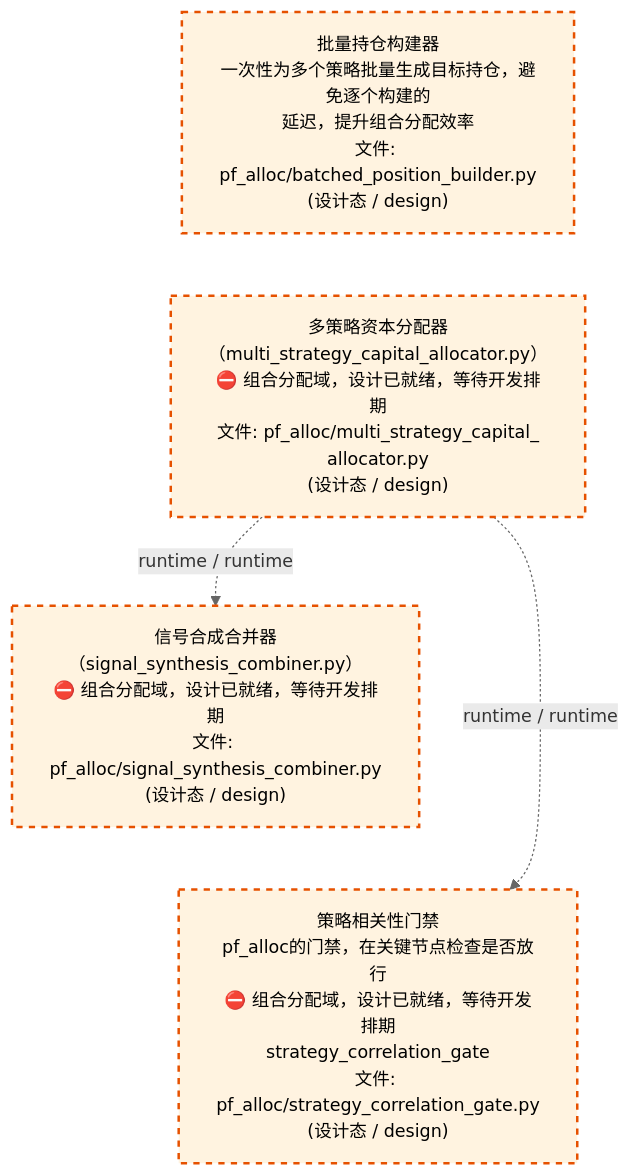
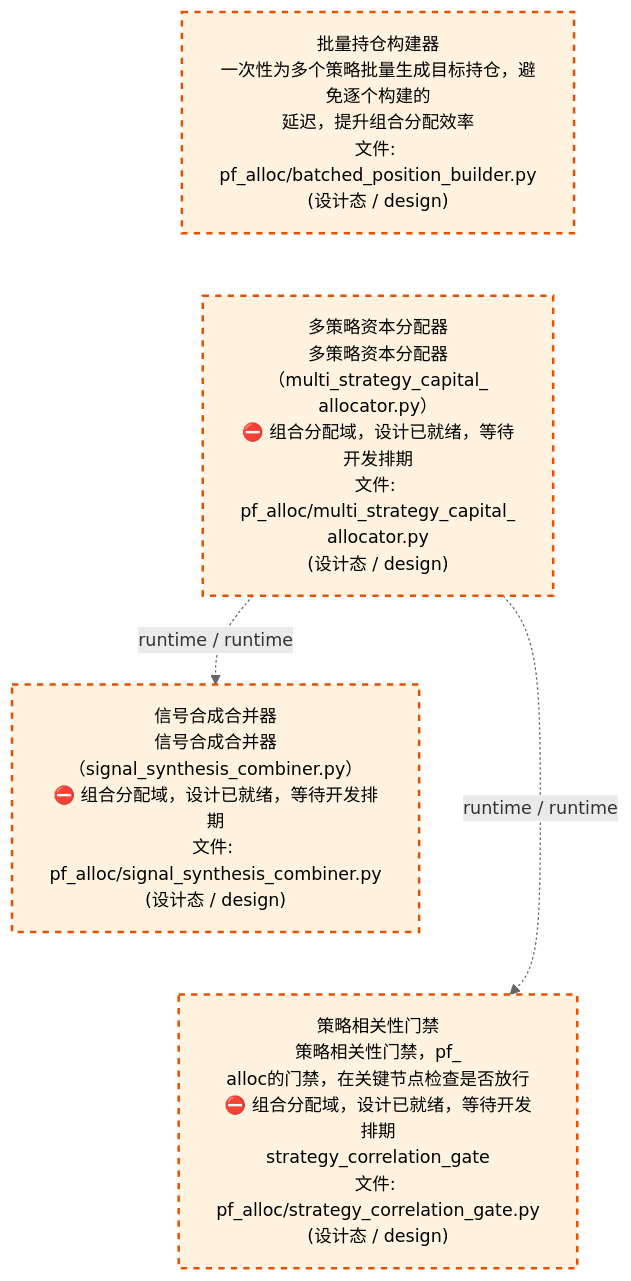
One commit to xuanFelixVan/ZephyrAlpha changed the third of 4 diagrams in docs/02_enterprise_architecture/02_domain_architecture_docs/62_d_pf_alloc.md. Above: the diagram before and after it, drawn with Mermaid. The commit also changed other lines of this file and 63 other files, not shown here.

````diff
--- a/docs/02_enterprise_architecture/02_domain_architecture_docs/62_d_pf_alloc.md
+++ b/docs/02_enterprise_architecture/02_domain_architecture_docs/62_d_pf_alloc.md
@@ -122,17 +122,17 @@
 ```mermaid
 %%{init: {'theme': 'base', 'themeVariables': {'primaryColor': '#eaeaea', 'primaryTextColor': '#333333', 'primaryBorderColor': '#666666', 'lineColor': '#666666', 'secondaryColor': '#eaeaea', 'tertiaryColor': '#eaeaea', 'fontSize': '14px'}}}%%
 flowchart TD
     src_zephyr_pf_alloc_batched_position_builder_py["批量持仓构建器<br/>一次性为多个策略批量生成目标持仓，避免逐个构建的<br/>延迟，提升组合分配效率<br/>文件: pf_alloc/batched_position_builder.py<br/>(设计态 / design)"]
-    src_zephyr_pf_alloc_multi_strategy_capital_allocator_py["多策略资本分配器<br/>（multi_strategy_capital_allocator.py）<br/>⛔ 组合分配域，设计已就绪，等待开发排期<br/>文件: pf_alloc/multi_strategy_capital_<br/>allocator.py<br/>(设计态 / design)"]
+    src_zephyr_pf_alloc_multi_strategy_capital_allocator_py["多策略资本分配器<br/>多策略资本分配器（multi_strategy_capital_<br/>allocator.py）<br/>⛔ 组合分配域，设计已就绪，等待开发排期<br/>文件: pf_alloc/multi_strategy_capital_<br/>allocator.py<br/>(设计态 / design)"]
     src_zephyr_pf_alloc_batched_position_builder_py ~~~ src_zephyr_pf_alloc_multi_strategy_capital_allocator_py
-    src_zephyr_pf_alloc_signal_synthesis_combiner_py["信号合成合并器<br/>（signal_synthesis_combiner.py）<br/>⛔ 组合分配域，设计已就绪，等待开发排期<br/>文件: pf_alloc/signal_synthesis_combiner.py<br/>(设计态 / design)"]
-    src_zephyr_pf_alloc_strategy_correlation_gate_py["策略相关性门禁<br/>pf_alloc的门禁，在关键节点检查是否放行<br/>⛔ 组合分配域，设计已就绪，等待开发排期<br/>strategy_correlation_gate<br/>文件: pf_alloc/strategy_correlation_gate.py<br/>(设计态 / design)"]
+    src_zephyr_pf_alloc_signal_synthesis_combiner_py["信号合成合并器<br/>信号合成合并器（signal_synthesis_combiner.py）<br/>⛔ 组合分配域，设计已就绪，等待开发排期<br/>文件: pf_alloc/signal_synthesis_combiner.py<br/>(设计态 / design)"]
+    src_zephyr_pf_alloc_strategy_correlation_gate_py["策略相关性门禁<br/>策略相关性门禁，pf_<br/>alloc的门禁，在关键节点检查是否放行<br/>⛔ 组合分配域，设计已就绪，等待开发排期<br/>strategy_correlation_gate<br/>文件: pf_alloc/strategy_correlation_gate.py<br/>(设计态 / design)"]
     src_zephyr_pf_alloc_signal_synthesis_combiner_py ~~~ src_zephyr_pf_alloc_strategy_correlation_gate_py
     src_zephyr_pf_alloc_multi_strategy_capital_allocator_py -.->|runtime / runtime| src_zephyr_pf_alloc_signal_synthesis_combiner_py
     src_zephyr_pf_alloc_multi_strategy_capital_allocator_py -.->|runtime / runtime| src_zephyr_pf_alloc_strategy_correlation_gate_py
     classDef production fill:#e1f5fe,stroke:#01579b,stroke-width:2px,color:#000
     classDef design fill:#fff3e0,stroke:#e65100,stroke-width:2px,color:#000,stroke-dasharray: 5 5
     classDef external_prod fill:#e8f4fd,stroke:#0277bd,stroke-width:1px,color:#000
     classDef external_design fill:#fff8e7,stroke:#ef6c00,stroke-width:1px,color:#000,stroke-dasharray: 5 5
     class src_zephyr_pf_alloc_batched_position_builder_py,src_zephyr_pf_alloc_multi_strategy_capital_allocator_py,src_zephyr_pf_alloc_signal_synthesis_combiner_py,src_zephyr_pf_alloc_strategy_correlation_gate_py design
 ```
````
